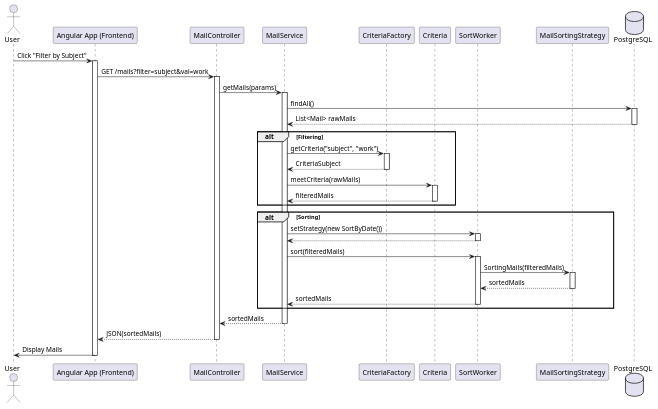
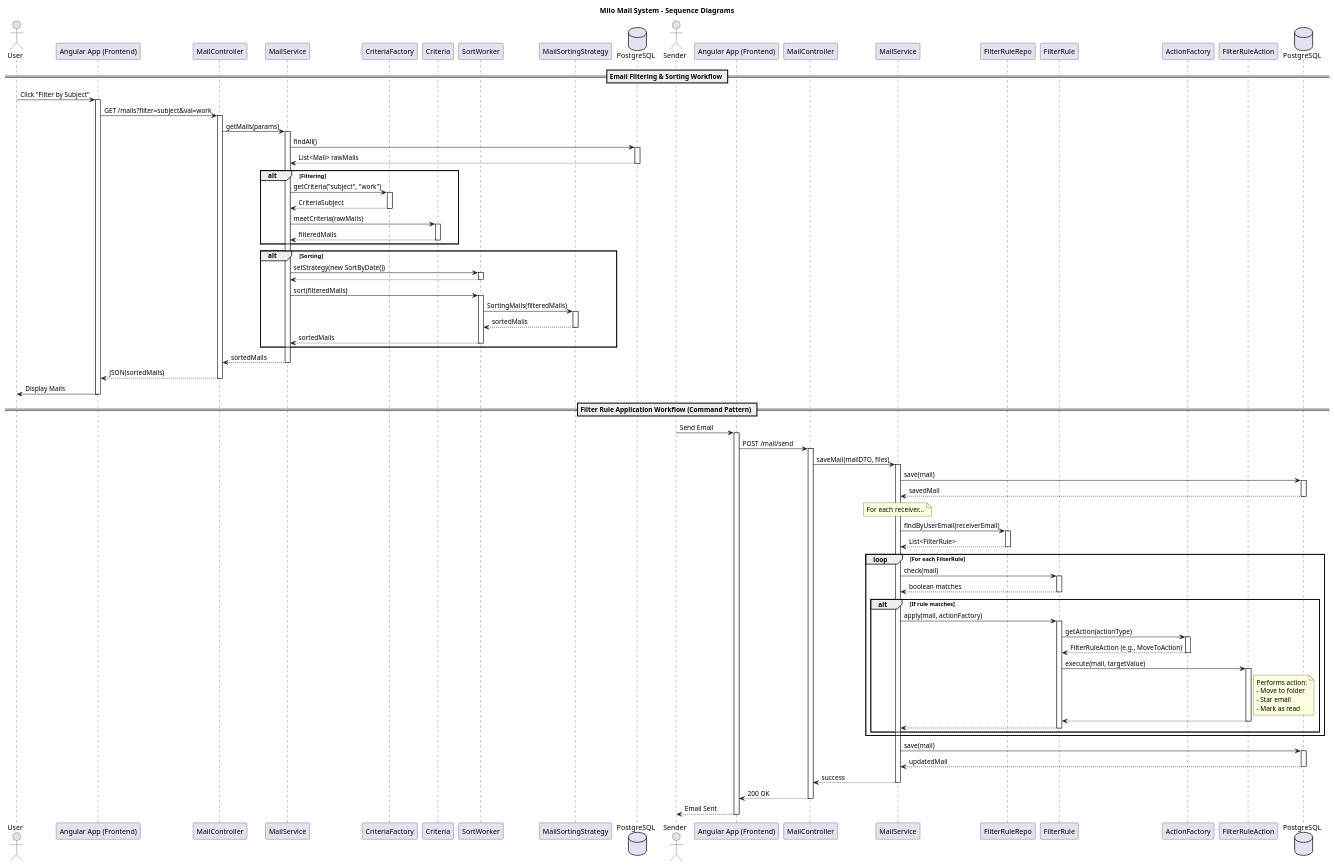
The diagram in docs/sequence_diagram.puml (AnasAli77/Milo-mail-web-application), drawn with PlantUML before and after one commit. The commit also changed other lines of this file and 5 other files, not shown here.

```diff
--- a/docs/sequence_diagram.puml
+++ b/docs/sequence_diagram.puml
@@ -1,62 +1,140 @@
 @startuml
+title Milo Mail System - Sequence Diagrams
+
+== Email Filtering & Sorting Workflow ==
+
 actor User
 participant "Angular App (Frontend)" as Frontend
 participant "MailController" as Controller
 participant "MailService" as Service
 participant "CriteriaFactory" as CFactory
 participant "Criteria" as Filter
 participant "SortWorker" as Worker
 participant "MailSortingStrategy" as Strategy
 database "PostgreSQL" as DB
 
 User -> Frontend : Click "Filter by Subject"
 activate Frontend
 
 Frontend -> Controller : GET /mails?filter=subject&val=work
 activate Controller
 
 Controller -> Service : getMails(params)
 activate Service
 
 Service -> DB : findAll()
 activate DB
 DB --> Service : List<Mail> rawMails
 deactivate DB
 
 alt Filtering
     Service -> CFactory : getCriteria("subject", "work")
     activate CFactory
     CFactory --> Service : CriteriaSubject
     deactivate CFactory
     
     Service -> Filter : meetCriteria(rawMails)
     activate Filter
     Filter --> Service : filteredMails
     deactivate Filter
 end
 
 alt Sorting
     Service -> Worker : setStrategy(new SortByDate())
     activate Worker
     Worker --> Service
     deactivate Worker
     
     Service -> Worker : sort(filteredMails)
     activate Worker
     Worker -> Strategy : SortingMails(filteredMails)
     activate Strategy
     Strategy --> Worker : sortedMails
     deactivate Strategy
     Worker --> Service : sortedMails
     deactivate Worker
 end
 
 Service --> Controller : sortedMails
 deactivate Service
 
 Controller --> Frontend : JSON(sortedMails)
 deactivate Controller
 
 Frontend -> User : Display Mails
 deactivate Frontend
+
+== Filter Rule Application Workflow (Command Pattern) ==
+
+actor Sender
+participant "Angular App (Frontend)" as Frontend2
+participant "MailController" as Controller2
+participant "MailService" as Service2
+participant "FilterRuleRepo" as RuleRepo
+participant "FilterRule" as Rule
+participant "ActionFactory" as AFactory
+participant "FilterRuleAction" as Action
+database "PostgreSQL" as DB2
+
+Sender -> Frontend2 : Send Email
+activate Frontend2
+
+Frontend2 -> Controller2 : POST /mail/send
+activate Controller2
+
+Controller2 -> Service2 : saveMail(mailDTO, files)
+activate Service2
+
+Service2 -> DB2 : save(mail)
+activate DB2
+DB2 --> Service2 : savedMail
+deactivate DB2
+
+note over Service2: For each receiver...
+
+Service2 -> RuleRepo : findByUserEmail(receiverEmail)
+activate RuleRepo
+RuleRepo --> Service2 : List<FilterRule>
+deactivate RuleRepo
+
+loop For each FilterRule
+    Service2 -> Rule : check(mail)
+    activate Rule
+    Rule --> Service2 : boolean matches
+    deactivate Rule
+    
+    alt If rule matches
+        Service2 -> Rule : apply(mail, actionFactory)
+        activate Rule
+        
+        Rule -> AFactory : getAction(actionType)
+        activate AFactory
+        AFactory --> Rule : FilterRuleAction (e.g., MoveToAction)
+        deactivate AFactory
+        
+        Rule -> Action : execute(mail, targetValue)
+        activate Action
+        note right of Action: Performs action:\n- Move to folder\n- Star email\n- Mark as read
+        Action --> Rule
+        deactivate Action
+        
+        Rule --> Service2
+        deactivate Rule
+    end
+end
+
+Service2 -> DB2 : save(mail)
+activate DB2
+DB2 --> Service2 : updatedMail
+deactivate DB2
+
+Service2 --> Controller2 : success
+deactivate Service2
+
+Controller2 --> Frontend2 : 200 OK
+deactivate Controller2
+
+Frontend2 --> Sender : Email Sent
+deactivate Frontend2
+
 @enduml
```
